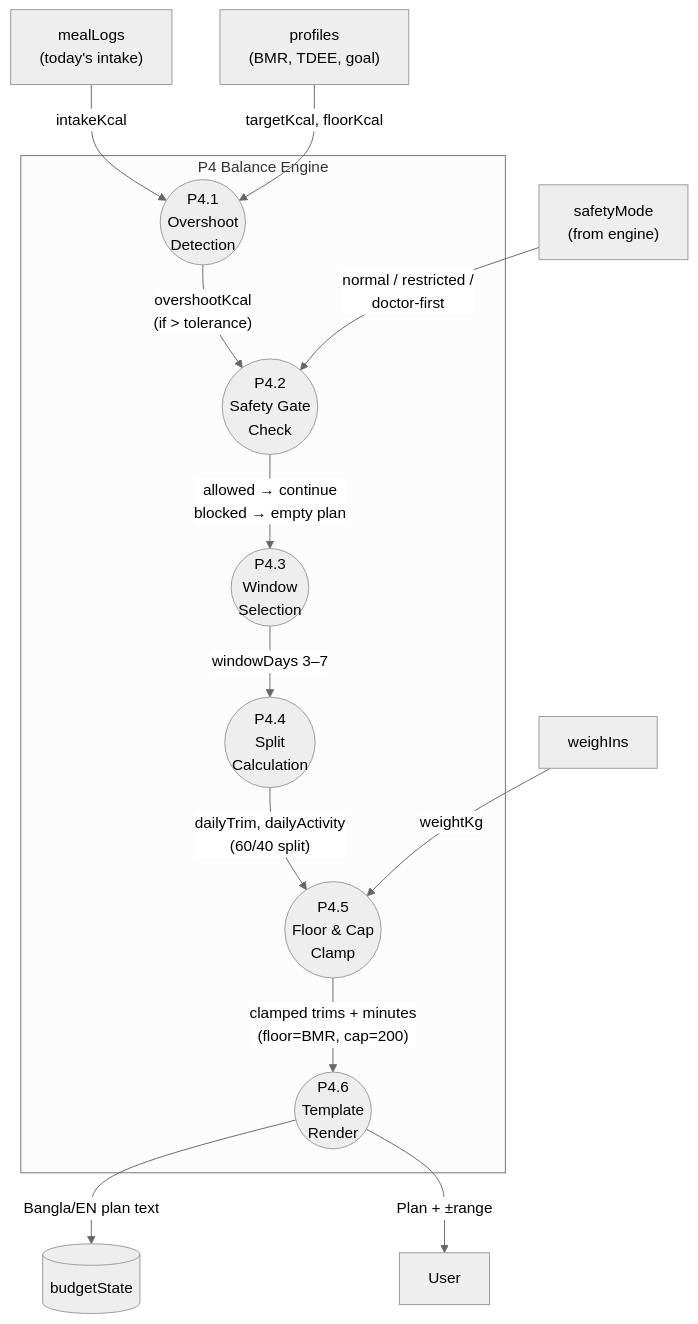
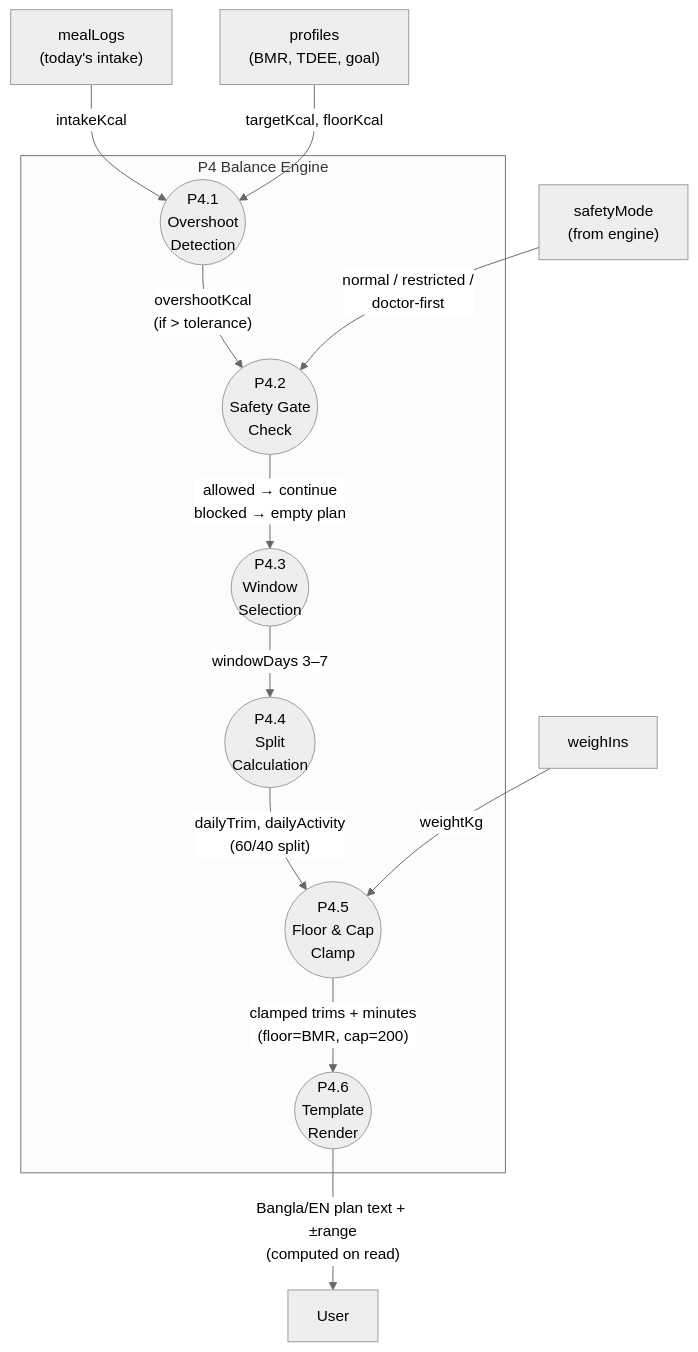
One commit to Moballig/habitforge changed the fourth of 14 diagrams in docs/DIAGRAMS.md. Above: the diagram before and after it, drawn with Mermaid (neutral theme). The commit also changed other lines of this file and 5 other files, not shown here.

Commit message:
feat(docs): update architecture, context, diagrams, endpoints, AI agent, and UI prompt documentation for schema changes and feature status

````diff
--- a/docs/DIAGRAMS.md
+++ b/docs/DIAGRAMS.md
@@ -178,23 +178,22 @@
 ```mermaid
 flowchart TB
     subgraph P4["P4 Balance Engine"]
         P41(("P4.1<br/>Overshoot<br/>Detection"))
         P42(("P4.2<br/>Safety Gate<br/>Check"))
         P43(("P4.3<br/>Window<br/>Selection"))
         P44(("P4.4<br/>Split<br/>Calculation"))
         P45(("P4.5<br/>Floor & Cap<br/>Clamp"))
         P46(("P4.6<br/>Template<br/>Render"))
     end
 
     Logs["mealLogs<br/>(today's intake)"] -->|"intakeKcal"| P41
     Profile["profiles<br/>(BMR, TDEE, goal)"] -->|"targetKcal, floorKcal"| P41
     P41 -->|"overshootKcal<br/>(if > tolerance)"| P42
     Safety["safetyMode<br/>(from engine)"] -->|"normal / restricted /<br/>doctor-first"| P42
     P42 -->|"allowed → continue<br/>blocked → empty plan"| P43
     P43 -->|"windowDays 3–7"| P44
     P44 -->|"dailyTrim, dailyActivity<br/>(60/40 split)"| P45
     Weight["weighIns"] -->|"weightKg"| P45
     P45 -->|"clamped trims + minutes<br/>(floor=BMR, cap=200)"| P46
-    P46 -->|"Bangla/EN plan text"| DB[("budgetState")]
-    P46 -->|"Plan + ±range"| U["User"]
+    P46 -->|"Bangla/EN plan text + ±range<br/>(computed on read)"| U["User"]
 ```
````
